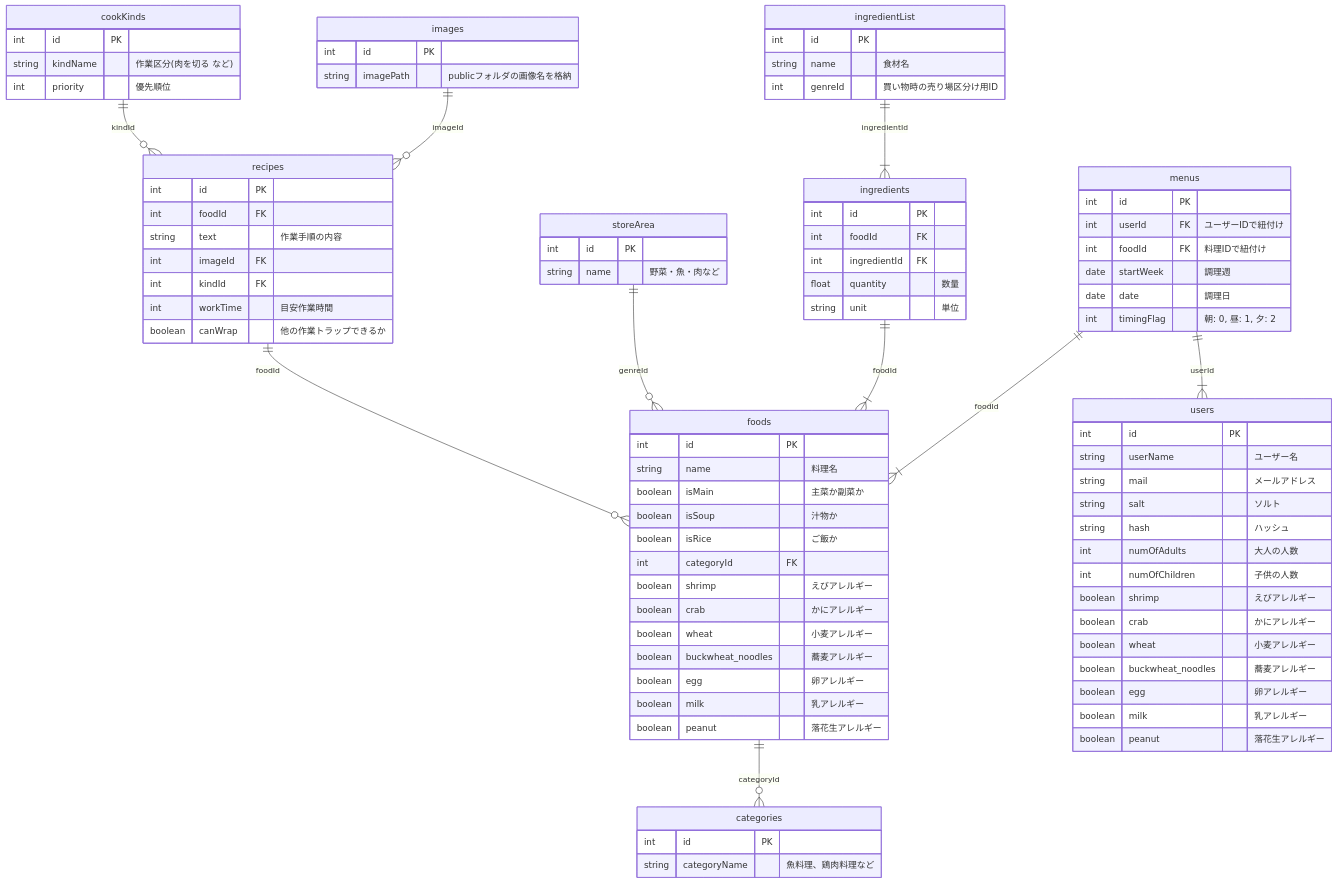
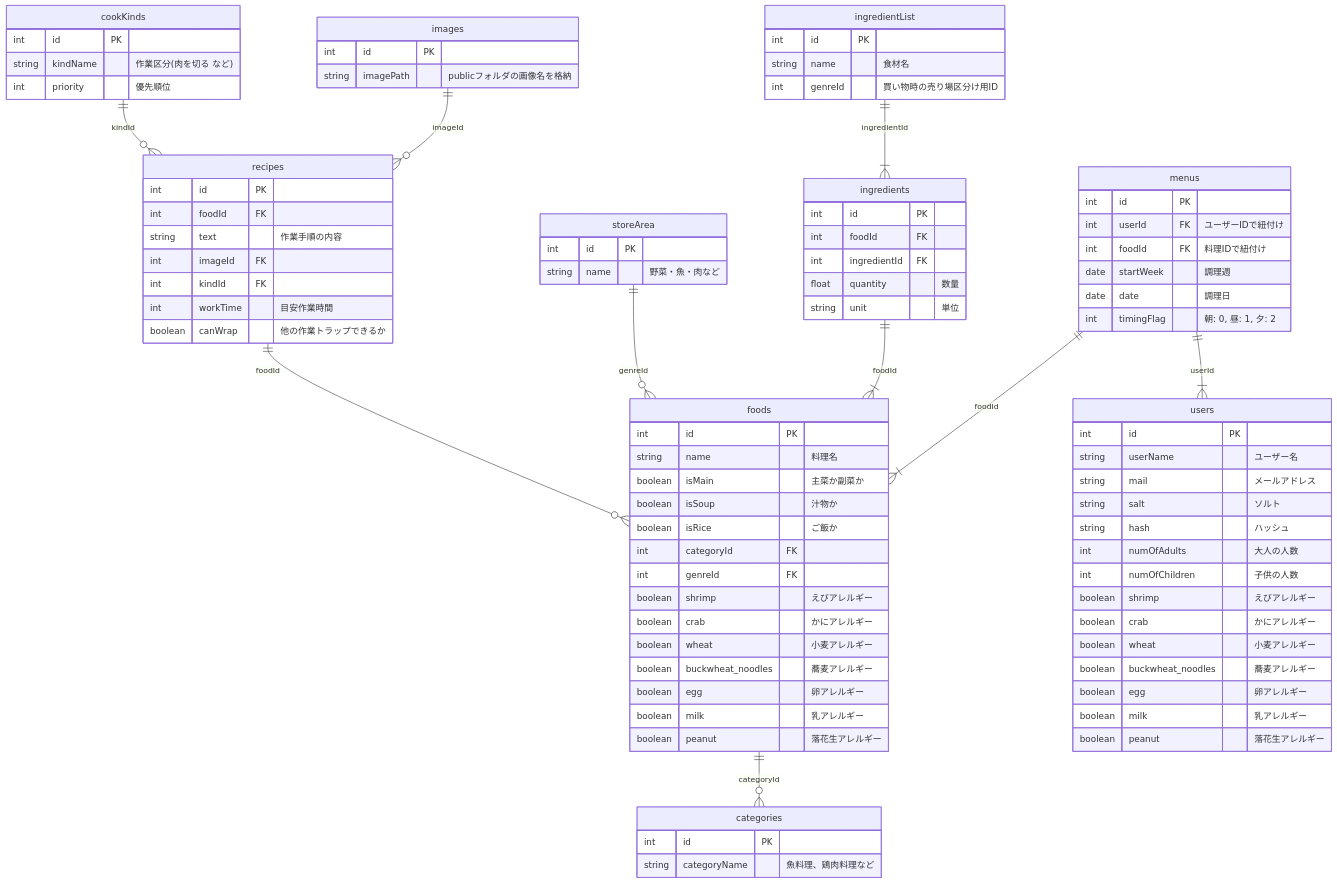
Before and after one commit to team2wish/efficient: the diagram in README.md, drawn with Mermaid. The commit also changed 1 other file, not shown here.

Commit message:
makeMigration ingredients_table

```diff
--- a/README.md
+++ b/README.md
@@ -73,6 +73,7 @@
         boolean isSoup "汁物か"
         boolean isRice "ご飯か"
         int categoryId FK
+        int genreId FK
         boolean shrimp "えびアレルギー"
         boolean crab "かにアレルギー"
         boolean wheat "小麦アレルギー"
```
